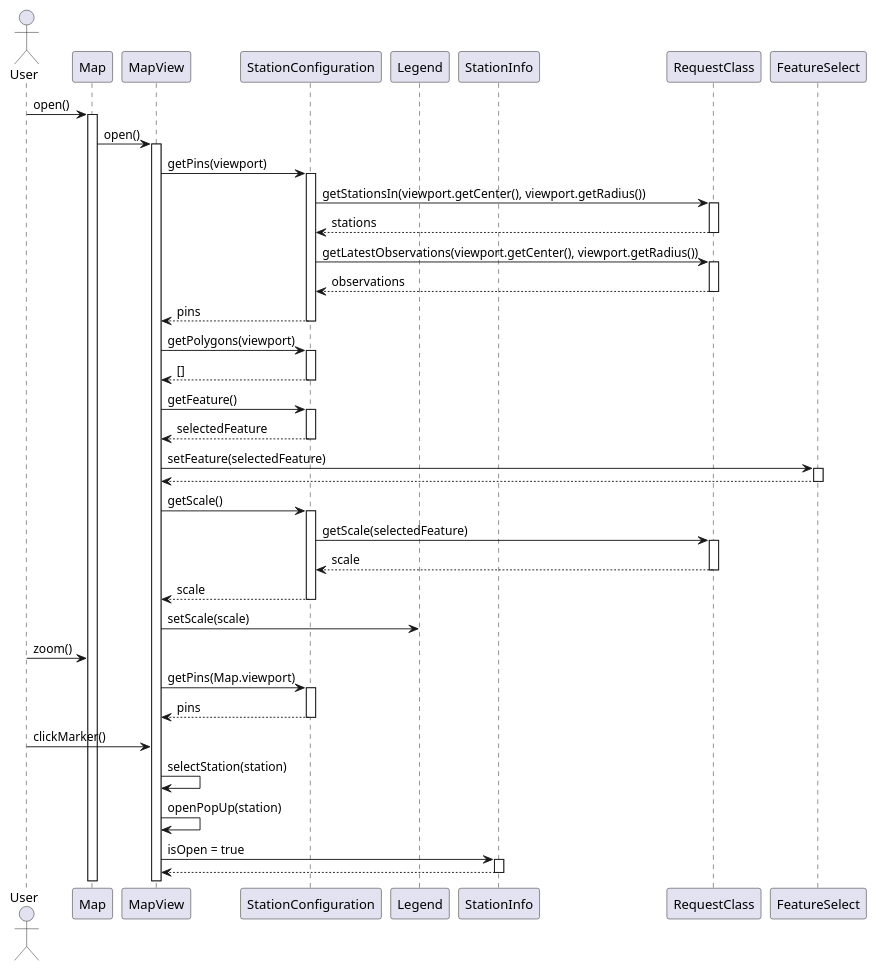
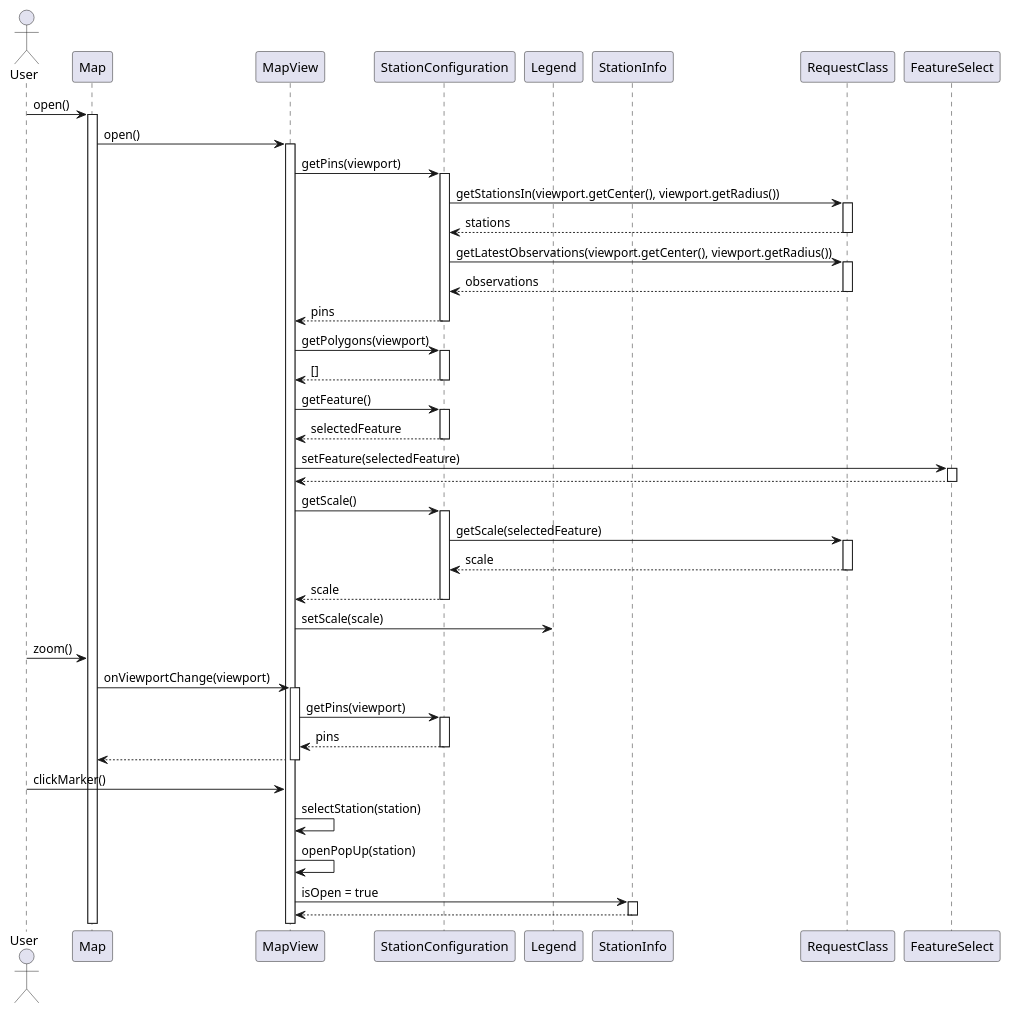
One commit to JonaEnz/pse-airquality-1 changed the diagram in Entwurf/PlantUML/MapPageTest.puml. Above: the diagram before and after it, drawn with PlantUML. The commit also changed 5 other files, not shown here.

Commit message:
add onViewportChanged to Diagram add viewport change log to maptest

```diff
--- a/Entwurf/PlantUML/MapPageTest.puml
+++ b/Entwurf/PlantUML/MapPageTest.puml
@@ -1,46 +1,48 @@
 @startuml MapPageTest
 
 actor User
 participant Map
 participant MapView
 participant StationConfiguration
 participant Legend 
 participant StationInfo
 participant RequestClass
 
 User -> Map ++: open()
 Map -> MapView ++: open()
 MapView -> StationConfiguration ++ : getPins(viewport)
 StationConfiguration -> RequestClass ++ : getStationsIn(viewport.getCenter(), viewport.getRadius())
 return stations
 StationConfiguration -> RequestClass ++ : getLatestObservations(viewport.getCenter(), viewport.getRadius())
 return observations
 StationConfiguration --> MapView --: pins
 
 MapView -> StationConfiguration ++ : getPolygons(viewport)
 StationConfiguration --> MapView -- : []
 
 MapView -> StationConfiguration ++ : getFeature()
 StationConfiguration --> MapView -- : selectedFeature
 MapView -> FeatureSelect ++ : setFeature(selectedFeature)
 return
 
 MapView -> StationConfiguration ++ : getScale()
 StationConfiguration -> RequestClass ++: getScale(selectedFeature)
 return scale
 StationConfiguration --> MapView -- : scale
 MapView -> Legend : setScale(scale)
 
 ' Zooming out
 User -> Map : zoom()
-MapView -> StationConfiguration ++: getPins(Map.viewport)
+Map -> MapView ++ : onViewportChange(viewport) 
+MapView -> StationConfiguration ++: getPins(viewport)
 return pins
+return
 ' Click on station
 
 User -> MapView : clickMarker()
 MapView -> MapView : selectStation(station)
 MapView -> MapView : openPopUp(station)
 MapView -> StationInfo ++: isOpen = true
 return
 
 @enduml
```
